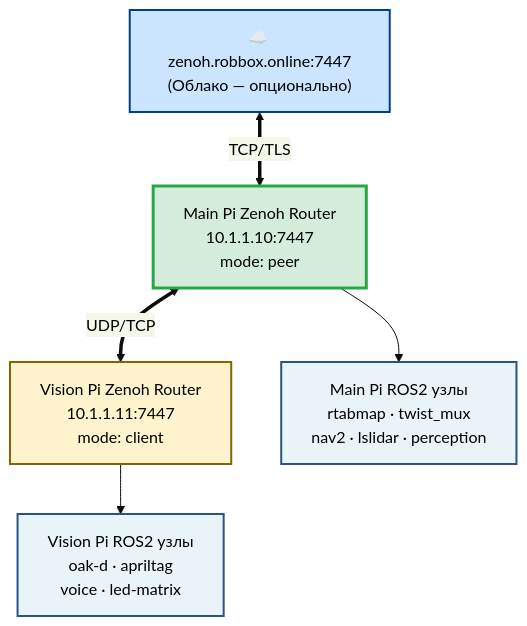
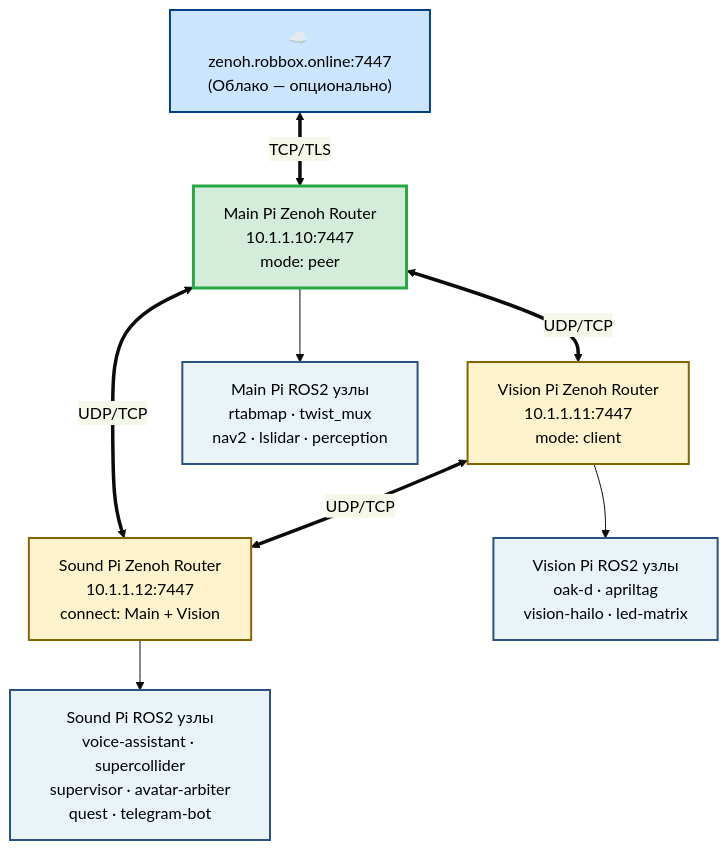
The second of 2 diagrams in docs/architecture/NETWORK_TOPOLOGY.md (krikz/rob_box_project), drawn with Mermaid before and after one commit. The commit also changed other lines of this file and 21 other files, not shown here.

````diff
--- a/docs/architecture/NETWORK_TOPOLOGY.md
+++ b/docs/architecture/NETWORK_TOPOLOGY.md
@@ -68,24 +77,33 @@
 ```mermaid
 %%{init: {'theme':'base', 'themeVariables': { 'primaryColor':'#e8f4f8','primaryTextColor':'#000','primaryBorderColor':'#2c5282'}}}%%
 graph TB
     Cloud["☁️ zenoh.robbox.online:7447<br/>(Облако — опционально)"]
 
     MainRouter["Main Pi Zenoh Router<br/>10.1.1.10:7447<br/>mode: peer"]
 
     VisionRouter["Vision Pi Zenoh Router<br/>10.1.1.11:7447<br/>mode: client"]
 
+    SoundRouter["Sound Pi Zenoh Router<br/>10.1.1.12:7447<br/>connect: Main + Vision"]
+
     MainNodes["Main Pi ROS2 узлы<br/>rtabmap · twist_mux<br/>nav2 · lslidar · perception"]
 
-    VisionNodes["Vision Pi ROS2 узлы<br/>oak-d · apriltag<br/>voice · led-matrix"]
+    VisionNodes["Vision Pi ROS2 узлы<br/>oak-d · apriltag<br/>vision-hailo · led-matrix"]
+
+    SoundNodes["Sound Pi ROS2 узлы<br/>voice-assistant · supercollider<br/>supervisor · avatar-arbiter<br/>quest · telegram-bot"]
 
     Cloud <==TCP/TLS==> MainRouter
     MainRouter <==UDP/TCP==> VisionRouter
+    MainRouter <==UDP/TCP==> SoundRouter
+    VisionRouter <==UDP/TCP==> SoundRouter
     MainRouter --> MainNodes
     VisionRouter --> VisionNodes
+    SoundRouter --> SoundNodes
 
     style Cloud fill:#cce5ff,stroke:#004085,stroke-width:2px
     style MainRouter fill:#d4edda,stroke:#28a745,stroke-width:3px
     style VisionRouter fill:#fff3cd,stroke:#856404,stroke-width:2px
+    style SoundRouter fill:#fff3cd,stroke:#856404,stroke-width:2px
     style MainNodes fill:#e8f4f8,stroke:#2c5282,stroke-width:2px
     style VisionNodes fill:#e8f4f8,stroke:#2c5282,stroke-width:2px
+    style SoundNodes fill:#e8f4f8,stroke:#2c5282,stroke-width:2px
 ```
````
